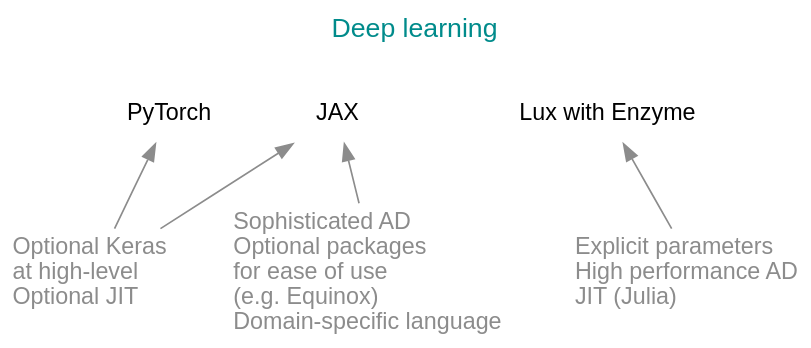
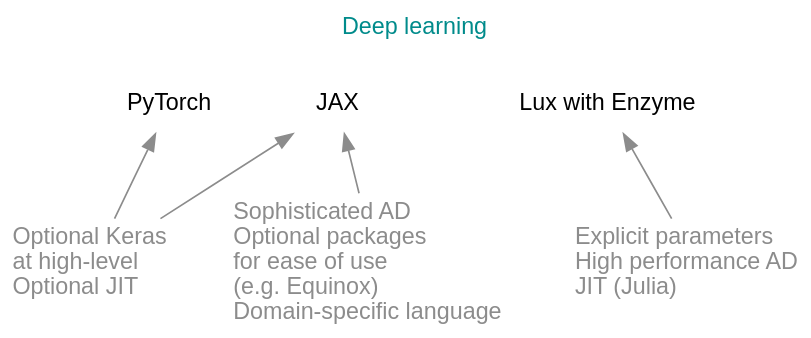
Diagram 22 of 24 in ai/wb_frameworks_content.qmd (WestDRI/arc-training), drawn with Graphviz before and after one commit. The commit also changed other lines of this file and 2 other files, not shown here.

````diff
--- a/ai/wb_frameworks_content.qmd
+++ b/ai/wb_frameworks_content.qmd
@@ -1211,32 +1214,32 @@
 ```{dot}
 //| echo: false
 
 strict digraph {
-  
+
 bgcolor="transparent"
 graph [fontname="Inconsolata, sans-serif"]
 node [fontname="Inconsolata, sans-serif"]
 label="Deep learning\n\n"
-fontsize=16
+fontsize=14
 fontcolor=darkcyan
 labelloc=t
 
 1 [label=PyTorch, shape=plaintext]
 2 [label=JAX, shape=plaintext]
 3 [label="Lux with Enzyme", shape=plaintext]
 
 4 [label="Optional Keras\lat high-level\lOptional JIT\l", shape=plaintext, fontcolor=gray55]
 5 [label="Sophisticated AD\lOptional packages\lfor ease of use\l(e.g. Equinox)\lDomain-specific language\l", shape=plaintext, fontcolor=gray55]
 6 [label="Explicit parameters\lHigh performance AD\lJIT (Julia)\l", shape=plaintext, fontcolor=gray55]
 
 {rank=same; 1 2 3}
 
 1 -> 2 -> 3 [style=invis]
 
 1 -> 4 [dir=back, color=gray55]
 2 -> 4 [dir=back, color=gray55]
 2 -> 5 [dir=back, color=gray55]
 3 -> 6 [dir=back, color=gray55]
 
 }
 ```
````
